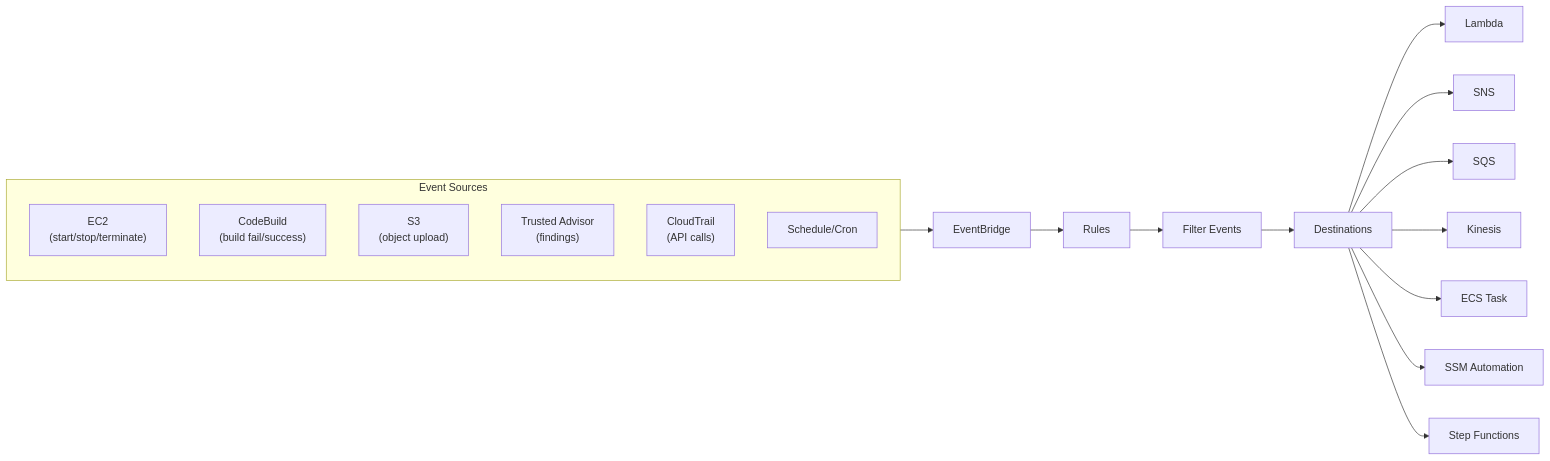
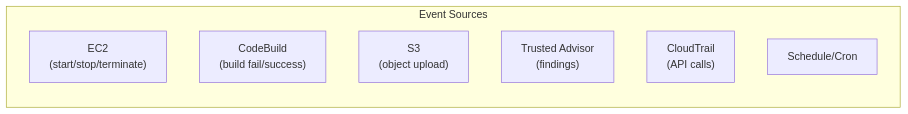
One commit to Root-Shells/aws_scs_udemy changed the first of 3 diagrams in domain_1_detection/eventbridge.md. Above: the diagram before and after it, drawn with Mermaid. The commit also changed other lines of this file and 13 other files, not shown here.

Commit message:
updated diagrams

````diff
--- a/domain_1_detection/eventbridge.md
+++ b/domain_1_detection/eventbridge.md
@@ -8,24 +8,11 @@
 ```mermaid
 flowchart LR
-    subgraph Sources [Event Sources]
+    subgraph Sources ["Event Sources"]
         EC2["EC2<br>(start/stop/terminate)"]
         CB["CodeBuild<br>(build fail/success)"]
         S3["S3<br>(object upload)"]
         TA["Trusted Advisor<br>(findings)"]
         CT["CloudTrail<br>(API calls)"]
         Schedule["Schedule/Cron"]
     end
-    
-    Sources --> EB["EventBridge"]
-    EB --> Rules["Rules"]
-    Rules --> Filter["Filter Events"]
-    Filter --> Destinations["Destinations"]
-    
-    Destinations --> Lambda["Lambda"]
-    Destinations --> SNS["SNS"]
-    Destinations --> SQS["SQS"]
-    Destinations --> KDS["Kinesis"]
-    Destinations --> ECS["ECS Task"]
-    Destinations --> SSM["SSM Automation"]
-    Destinations --> Step["Step Functions"]
 ```
````
